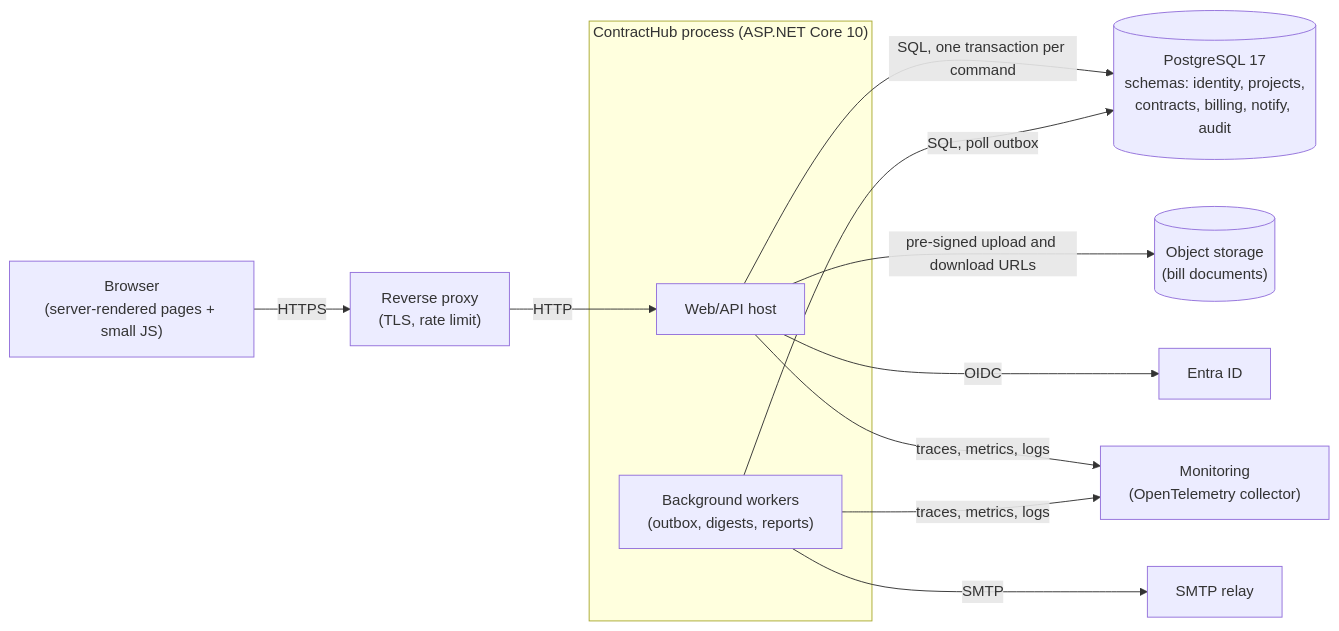
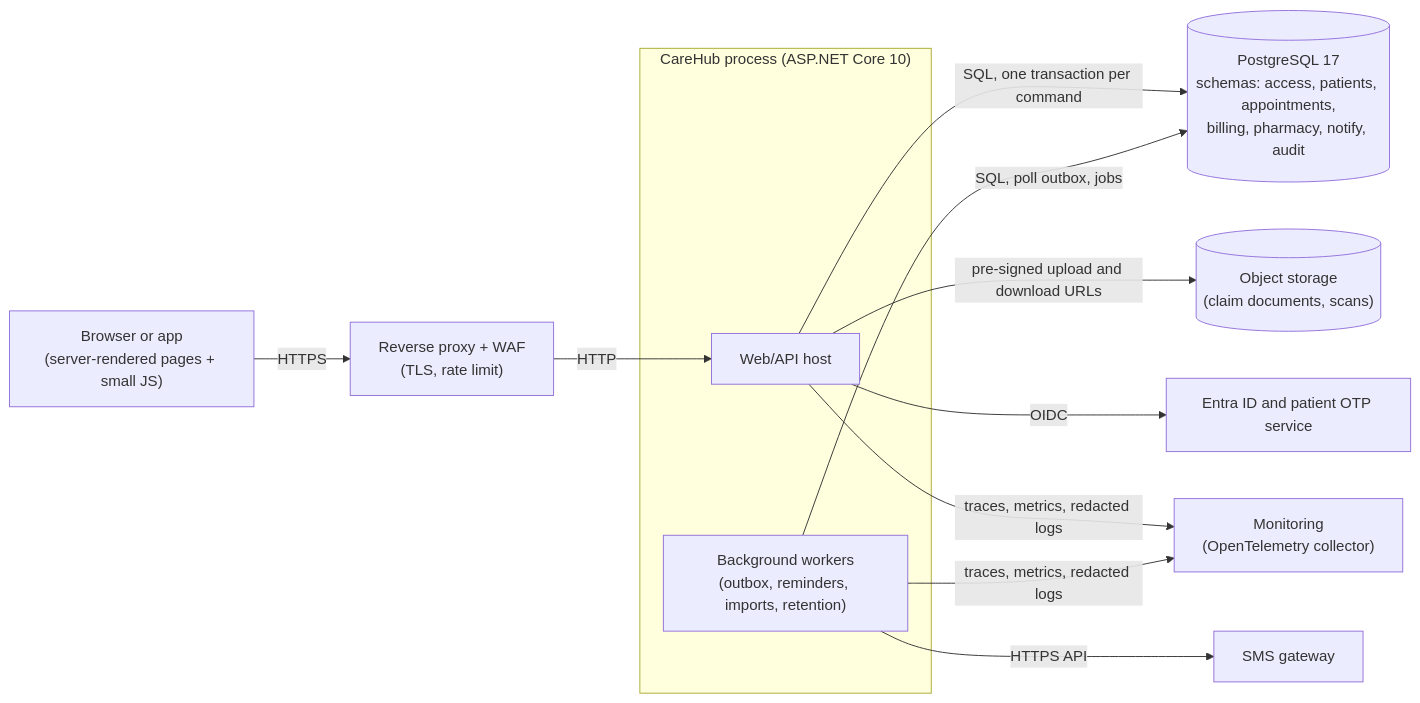
The second of 6 diagrams in content/lessons/m20/m20-capstone-a.md (rizwi0786/system-design-lab), drawn with Mermaid before and after one commit. The commit also changed other lines of this file and 334 other files, not shown here.

````diff
--- a/content/lessons/m20/m20-capstone-a.md
+++ b/content/lessons/m20/m20-capstone-a.md
@@ -174,23 +205,23 @@
 ```mermaid
 flowchart LR
-    browser["Browser<br/>(server-rendered pages + small JS)"]
-    proxy["Reverse proxy<br/>(TLS, rate limit)"]
-    subgraph app["ContractHub process (ASP.NET Core 10)"]
+    browser["Browser or app<br/>(server-rendered pages + small JS)"]
+    proxy["Reverse proxy + WAF<br/>(TLS, rate limit)"]
+    subgraph app["CareHub process (ASP.NET Core 10)"]
         web["Web/API host"]
-        worker["Background workers<br/>(outbox, digests, reports)"]
+        worker["Background workers<br/>(outbox, reminders, imports, retention)"]
     end
-    pg[("PostgreSQL 17<br/>schemas: identity, projects,<br/>contracts, billing, notify, audit")]
-    blob[("Object storage<br/>(bill documents)")]
-    idp["Entra ID"]
-    smtp["SMTP relay"]
+    pg[("PostgreSQL 17<br/>schemas: access, patients, appointments,<br/>billing, pharmacy, notify, audit")]
+    blob[("Object storage<br/>(claim documents, scans)")]
+    idp["Entra ID and patient OTP service"]
+    sms["SMS gateway"]
     otel["Monitoring<br/>(OpenTelemetry collector)"]
     browser -->|HTTPS| proxy
     proxy -->|HTTP| web
     web -->|"SQL, one transaction per command"| pg
-    worker -->|"SQL, poll outbox"| pg
+    worker -->|"SQL, poll outbox, jobs"| pg
     web -->|"pre-signed upload and download URLs"| blob
     web -->|OIDC| idp
-    worker -->|SMTP| smtp
-    web -->|"traces, metrics, logs"| otel
-    worker -->|"traces, metrics, logs"| otel
+    worker -->|"HTTPS API"| sms
+    web -->|"traces, metrics, redacted logs"| otel
+    worker -->|"traces, metrics, redacted logs"| otel
 ```
````
